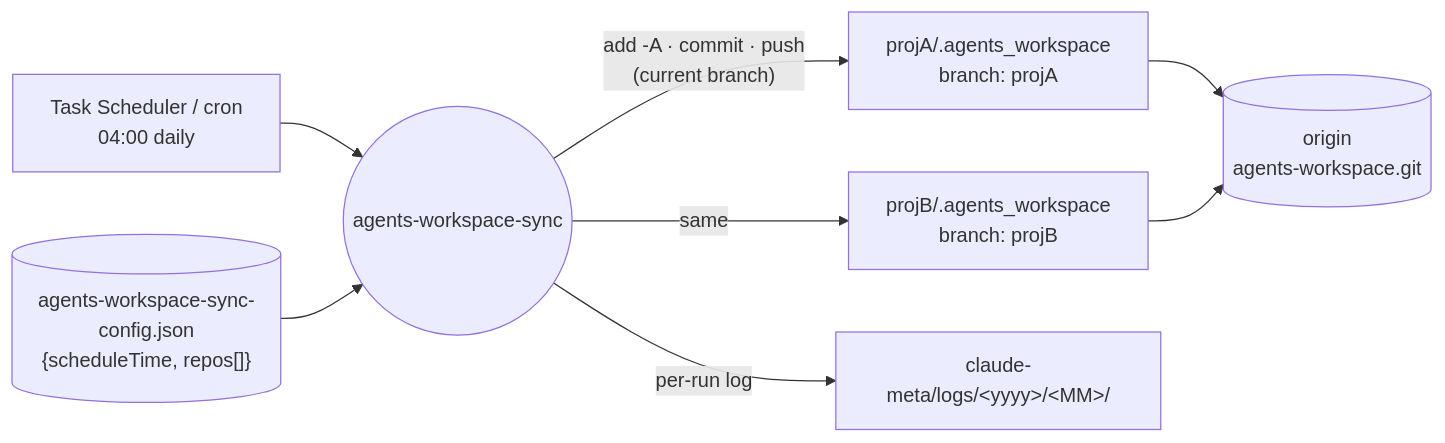
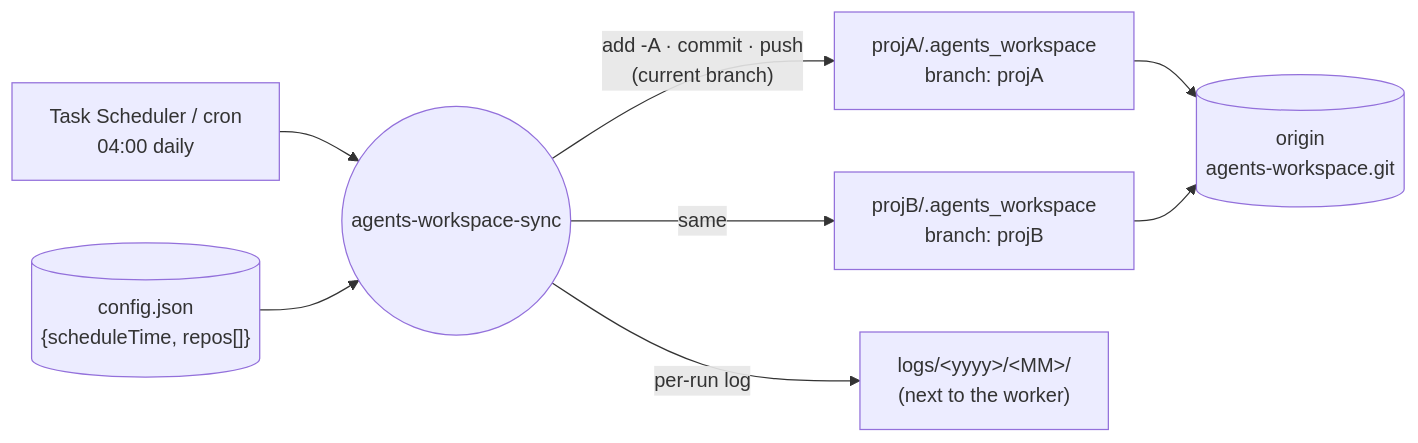
The first of 3 diagrams in tools/agents-workspace-sync/product/ARCHITECTURE.md (cheneeheng/claude-code-command-center), drawn with Mermaid before and after one commit. The commit also changed other lines of this file and 13 other files, not shown here.

First line of the commit message:
feat(agents-workspace-sync)!: install into ~/.claude-command-center

````diff
--- a/tools/agents-workspace-sync/product/ARCHITECTURE.md
+++ b/tools/agents-workspace-sync/product/ARCHITECTURE.md
@@ -13,10 +13,10 @@
 ```mermaid
 flowchart LR
     task["Task Scheduler / cron<br/>04:00 daily"] --> worker((agents-workspace-sync))
-    cfg[("agents-workspace-sync-config.json<br/>{scheduleTime, repos[]}")] --> worker
+    cfg[("config.json<br/>{scheduleTime, repos[]}")] --> worker
     worker -->|"add -A · commit · push<br/>(current branch)"| r1["projA/.agents_workspace<br/>branch: projA"]
     worker -->|same| r2["projB/.agents_workspace<br/>branch: projB"]
     r1 --> remote[("origin<br/>agents-workspace.git")]
     r2 --> remote
-    worker -->|per-run log| logs["claude-meta/logs/&lt;yyyy&gt;/&lt;MM&gt;/"]
+    worker -->|per-run log| logs["logs/&lt;yyyy&gt;/&lt;MM&gt;/<br/>(next to the worker)"]
 ```
````
